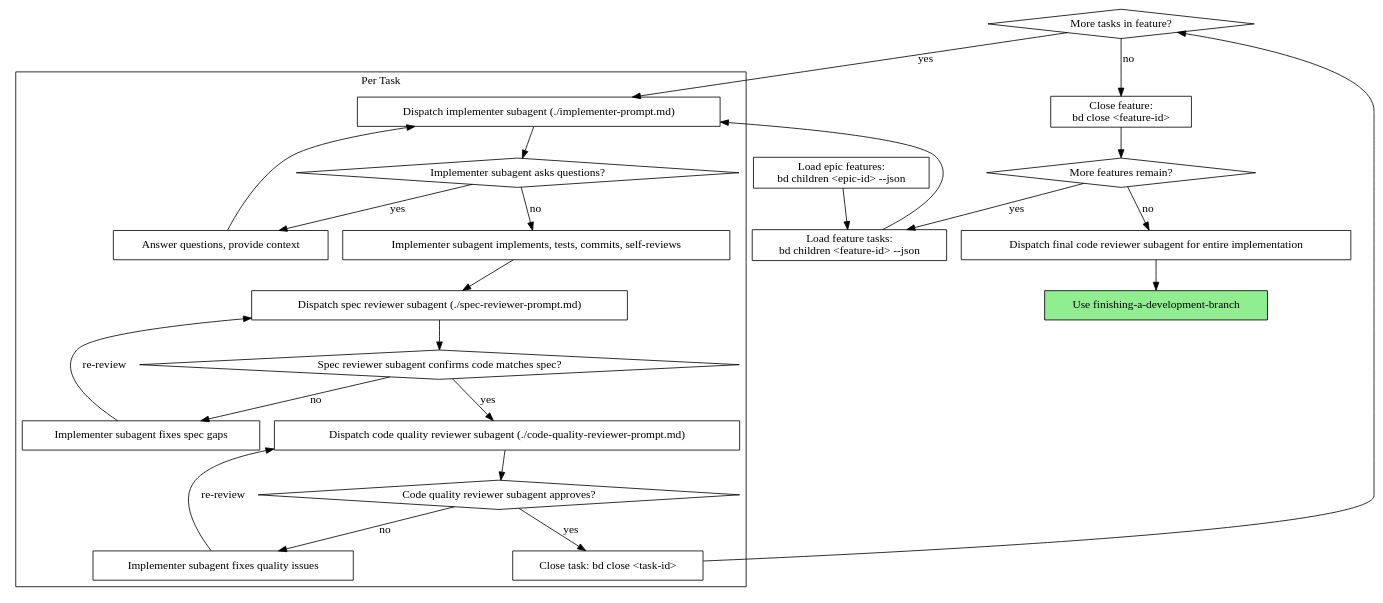
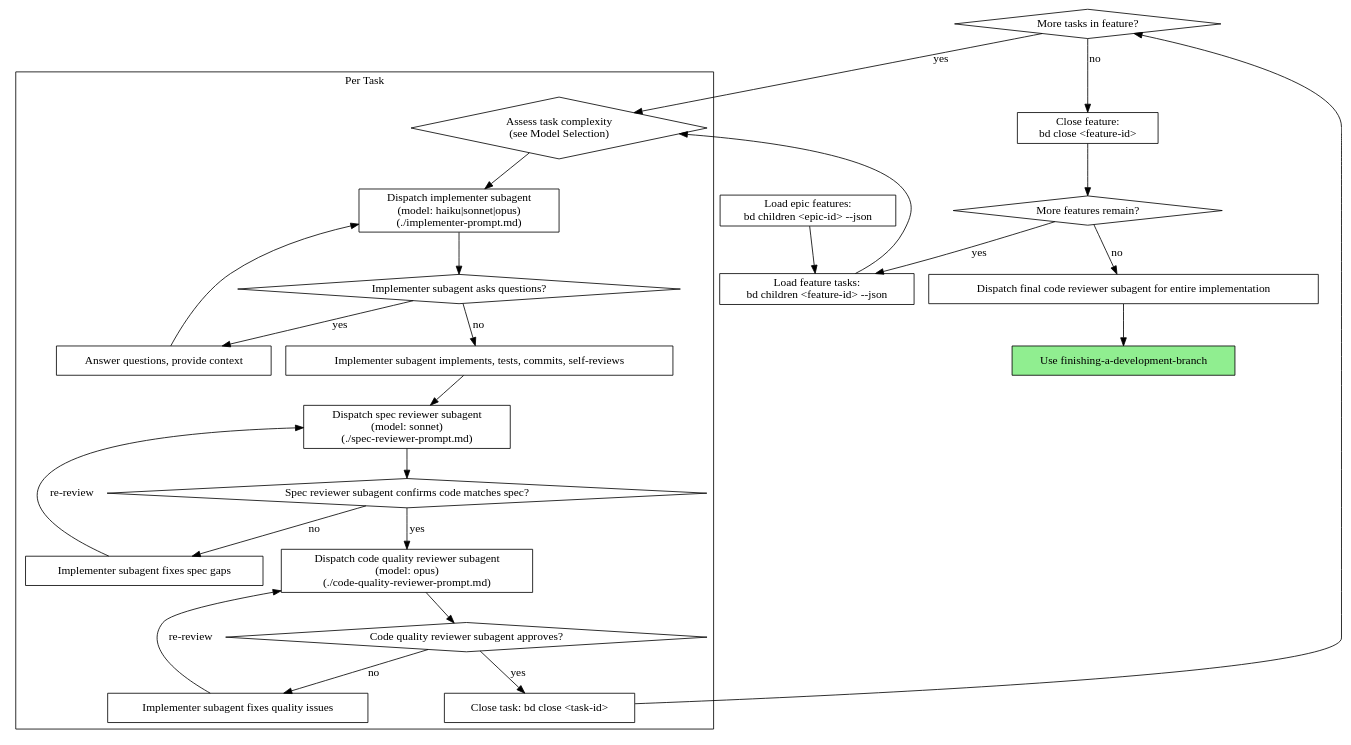
Before and after one commit to jwp23/spe: the second of 2 diagrams in .claude/skills/subagent-driven-development/SKILL.md, drawn with Graphviz. The commit also changed other lines of this file, not shown here.

Commit message:
fix: enforce explicit model selection in subagent-driven-development skill (#58)

````diff
--- a/.claude/skills/subagent-driven-development/SKILL.md
+++ b/.claude/skills/subagent-driven-development/SKILL.md
@@ -42,51 +42,53 @@
 ```dot
 digraph process {
     rankdir=TB;
 
     subgraph cluster_per_task {
         label="Per Task";
-        "Dispatch implementer subagent (./implementer-prompt.md)" [shape=box];
+        "Assess task complexity\n(see Model Selection)" [shape=diamond];
+        "Dispatch implementer subagent\n(model: haiku|sonnet|opus)\n(./implementer-prompt.md)" [shape=box];
         "Implementer subagent asks questions?" [shape=diamond];
         "Answer questions, provide context" [shape=box];
         "Implementer subagent implements, tests, commits, self-reviews" [shape=box];
-        "Dispatch spec reviewer subagent (./spec-reviewer-prompt.md)" [shape=box];
+        "Dispatch spec reviewer subagent\n(model: sonnet)\n(./spec-reviewer-prompt.md)" [shape=box];
         "Spec reviewer subagent confirms code matches spec?" [shape=diamond];
         "Implementer subagent fixes spec gaps" [shape=box];
-        "Dispatch code quality reviewer subagent (./code-quality-reviewer-prompt.md)" [shape=box];
+        "Dispatch code quality reviewer subagent\n(model: opus)\n(./code-quality-reviewer-prompt.md)" [shape=box];
         "Code quality reviewer subagent approves?" [shape=diamond];
         "Implementer subagent fixes quality issues" [shape=box];
         "Close task: bd close <task-id>" [shape=box];
     }
 
     "Load epic features:\nbd children <epic-id> --json" [shape=box];
     "Load feature tasks:\nbd children <feature-id> --json" [shape=box];
     "More tasks in feature?" [shape=diamond];
     "Close feature:\nbd close <feature-id>" [shape=box];
     "More features remain?" [shape=diamond];
     "Dispatch final code reviewer subagent for entire implementation" [shape=box];
     "Use finishing-a-development-branch" [shape=box style=filled fillcolor=lightgreen];
 
     "Load epic features:\nbd children <epic-id> --json" -> "Load feature tasks:\nbd children <feature-id> --json";
-    "Load feature tasks:\nbd children <feature-id> --json" -> "Dispatch implementer subagent (./implementer-prompt.md)";
-    "Dispatch implementer subagent (./implementer-prompt.md)" -> "Implementer subagent asks questions?";
+    "Load feature tasks:\nbd children <feature-id> --json" -> "Assess task complexity\n(see Model Selection)";
+    "Assess task complexity\n(see Model Selection)" -> "Dispatch implementer subagent\n(model: haiku|sonnet|opus)\n(./implementer-prompt.md)";
+    "Dispatch implementer subagent\n(model: haiku|sonnet|opus)\n(./implementer-prompt.md)" -> "Implementer subagent asks questions?";
     "Implementer subagent asks questions?" -> "Answer questions, provide context" [label="yes"];
-    "Answer questions, provide context" -> "Dispatch implementer subagent (./implementer-prompt.md)";
+    "Answer questions, provide context" -> "Dispatch implementer subagent\n(model: haiku|sonnet|opus)\n(./implementer-prompt.md)";
     "Implementer subagent asks questions?" -> "Implementer subagent implements, tests, commits, self-reviews" [label="no"];
-    "Implementer subagent implements, tests, commits, self-reviews" -> "Dispatch spec reviewer subagent (./spec-reviewer-prompt.md)";
-    "Dispatch spec reviewer subagent (./spec-reviewer-prompt.md)" -> "Spec reviewer subagent confirms code matches spec?";
+    "Implementer subagent implements, tests, commits, self-reviews" -> "Dispatch spec reviewer subagent\n(model: sonnet)\n(./spec-reviewer-prompt.md)";
+    "Dispatch spec reviewer subagent\n(model: sonnet)\n(./spec-reviewer-prompt.md)" -> "Spec reviewer subagent confirms code matches spec?";
     "Spec reviewer subagent confirms code matches spec?" -> "Implementer subagent fixes spec gaps" [label="no"];
-    "Implementer subagent fixes spec gaps" -> "Dispatch spec reviewer subagent (./spec-reviewer-prompt.md)" [label="re-review"];
-    "Spec reviewer subagent confirms code matches spec?" -> "Dispatch code quality reviewer subagent (./code-quality-reviewer-prompt.md)" [label="yes"];
-    "Dispatch code quality reviewer subagent (./code-quality-reviewer-prompt.md)" -> "Code quality reviewer subagent approves?";
+    "Implementer subagent fixes spec gaps" -> "Dispatch spec reviewer subagent\n(model: sonnet)\n(./spec-reviewer-prompt.md)" [label="re-review"];
+    "Spec reviewer subagent confirms code matches spec?" -> "Dispatch code quality reviewer subagent\n(model: opus)\n(./code-quality-reviewer-prompt.md)" [label="yes"];
+    "Dispatch code quality reviewer subagent\n(model: opus)\n(./code-quality-reviewer-prompt.md)" -> "Code quality reviewer subagent approves?";
     "Code quality reviewer subagent approves?" -> "Implementer subagent fixes quality issues" [label="no"];
-    "Implementer subagent fixes quality issues" -> "Dispatch code quality reviewer subagent (./code-quality-reviewer-prompt.md)" [label="re-review"];
+    "Implementer subagent fixes quality issues" -> "Dispatch code quality reviewer subagent\n(model: opus)\n(./code-quality-reviewer-prompt.md)" [label="re-review"];
     "Code quality reviewer subagent approves?" -> "Close task: bd close <task-id>" [label="yes"];
     "Close task: bd close <task-id>" -> "More tasks in feature?";
-    "More tasks in feature?" -> "Dispatch implementer subagent (./implementer-prompt.md)" [label="yes"];
+    "More tasks in feature?" -> "Assess task complexity\n(see Model Selection)" [label="yes"];
     "More tasks in feature?" -> "Close feature:\nbd close <feature-id>" [label="no"];
     "Close feature:\nbd close <feature-id>" -> "More features remain?";
     "More features remain?" -> "Load feature tasks:\nbd children <feature-id> --json" [label="yes"];
     "More features remain?" -> "Dispatch final code reviewer subagent for entire implementation" [label="no"];
     "Dispatch final code reviewer subagent for entire implementation" -> "Use finishing-a-development-branch";
 }
 ```
````
